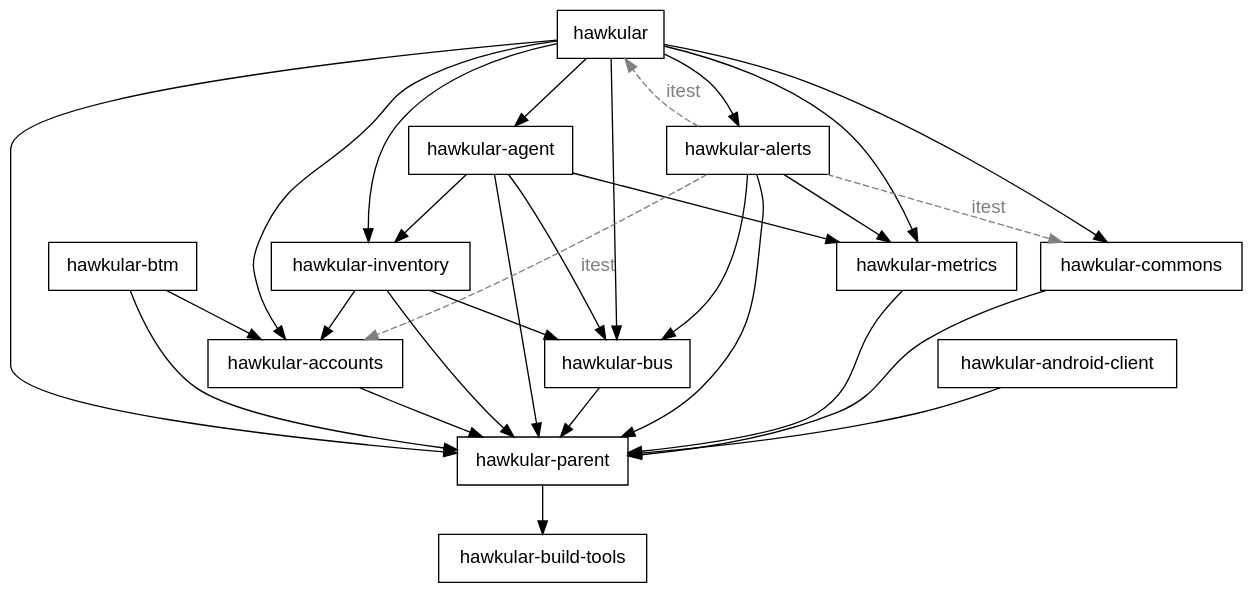
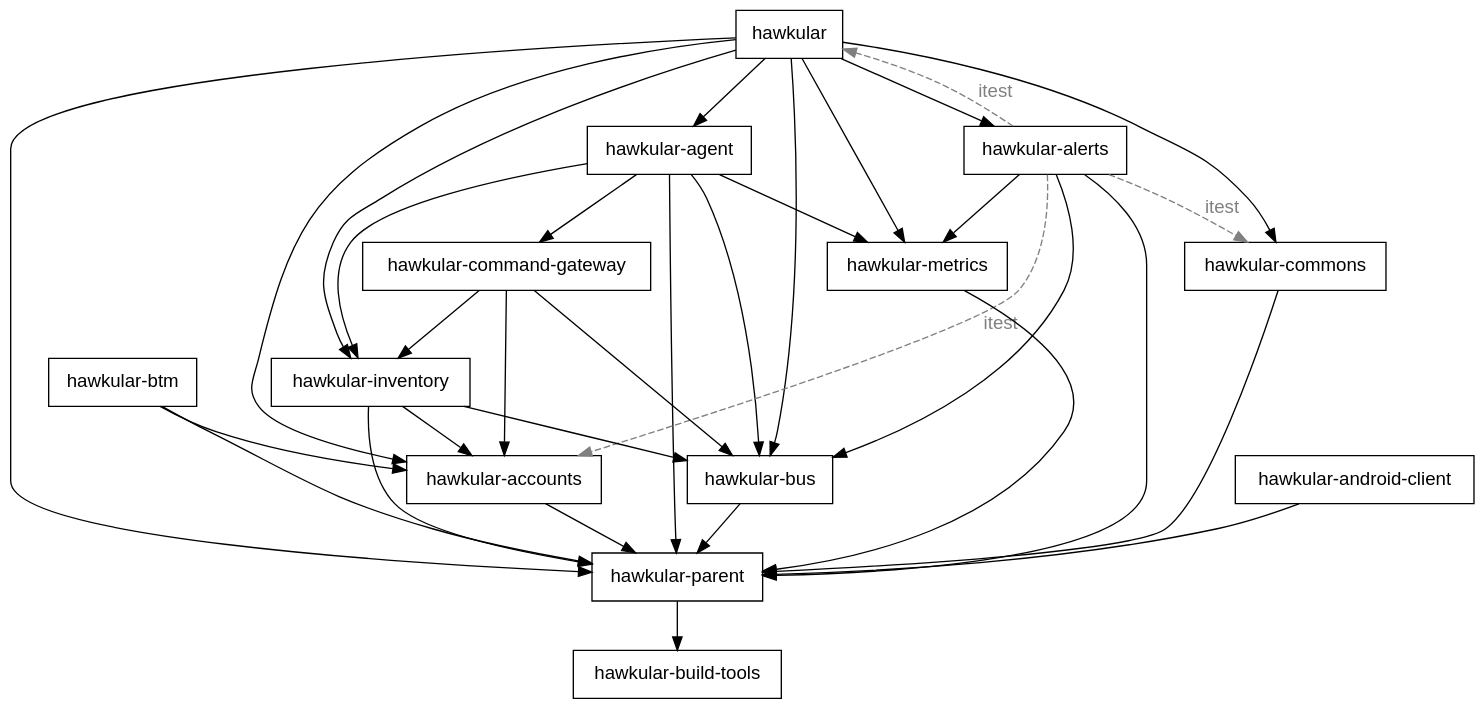
One commit to hawkular/hawkular.github.io changed the diagram in src/main/manually-generated/assets/img/docs/dev/components-dependencies.dot. Above: the diagram before and after it, drawn with Graphviz. The commit also changed 1 other file, not shown here.

Commit message:
Add command-gateway component to component deps graph

```diff
--- a/src/main/manually-generated/assets/img/docs/dev/components-dependencies.dot
+++ b/src/main/manually-generated/assets/img/docs/dev/components-dependencies.dot
@@ -1,65 +1,72 @@
 // Hawkular Component Dependencies
 // build with
 // cd src/main
 // dot -Tsvg manually-generated/assets/img/docs/dev/components-dependencies.dot -o jbake/assets/img/docs/dev/components-dependencies.svg
 
 digraph {
     graph [bgcolor="transparent" fontname="helvetica"]
     node [fontname = "helvetica" shape=box]
     edge [fontname = "helvetica"]
 
     "hawkular"
     "hawkular-accounts"
     "hawkular-agent"
     "hawkular-alerts"
     "hawkular-btm"
     "hawkular-build-tools"
     "hawkular-bus"
     "hawkular-commons"
+    "hawkular-command-gateway"
     "hawkular-inventory"
     "hawkular-metrics"
     "hawkular-parent"
 
     "hawkular-parent" -> "hawkular-build-tools"
 
     // all components depend on parent
     "hawkular" -> "hawkular-parent"
     "hawkular-accounts" -> "hawkular-parent"
     "hawkular-android-client" -> "hawkular-parent"
     "hawkular-agent" -> "hawkular-parent"
     "hawkular-alerts" -> "hawkular-parent"
     "hawkular-btm" -> "hawkular-parent"
     "hawkular-bus" -> "hawkular-parent"
     "hawkular-commons" -> "hawkular-parent"
     "hawkular-inventory" -> "hawkular-parent"
     "hawkular-metrics" -> "hawkular-parent"
 
     // hawkular direct deps
     "hawkular" -> "hawkular-accounts"
     "hawkular" -> "hawkular-agent"
     "hawkular" -> "hawkular-alerts"
     "hawkular" -> "hawkular-bus"
     "hawkular" -> "hawkular-commons"
     "hawkular" -> "hawkular-inventory"
     "hawkular" -> "hawkular-metrics"
 
+    // command-gateway direct deps
+    "hawkular-command-gateway" -> "hawkular-accounts"
+    "hawkular-command-gateway" -> "hawkular-bus"
+    "hawkular-command-gateway" -> "hawkular-inventory"
+
     // agent direct deps
+    "hawkular-agent" -> "hawkular-command-gateway"
     "hawkular-agent" -> "hawkular-bus"
     "hawkular-agent" -> "hawkular-inventory"
     "hawkular-agent" -> "hawkular-metrics"
 
     // alerts direct deps
     "hawkular-alerts" -> "hawkular" [style=dashed, color=gray, label="itest" fontcolor="grey"]
     "hawkular-alerts" -> "hawkular-accounts" [style=dashed, color=gray, label="itest" fontcolor="grey"]
     "hawkular-alerts" -> "hawkular-commons" [style=dashed, color=gray, label="itest" fontcolor="grey"]
     "hawkular-alerts" -> "hawkular-bus"
     "hawkular-alerts" -> "hawkular-metrics"
 
     // btm direct deps
     "hawkular-btm" -> "hawkular-accounts"
 
     // inventory direct deps
     "hawkular-inventory" -> "hawkular-accounts"
     "hawkular-inventory" -> "hawkular-bus"
 
 }
```
